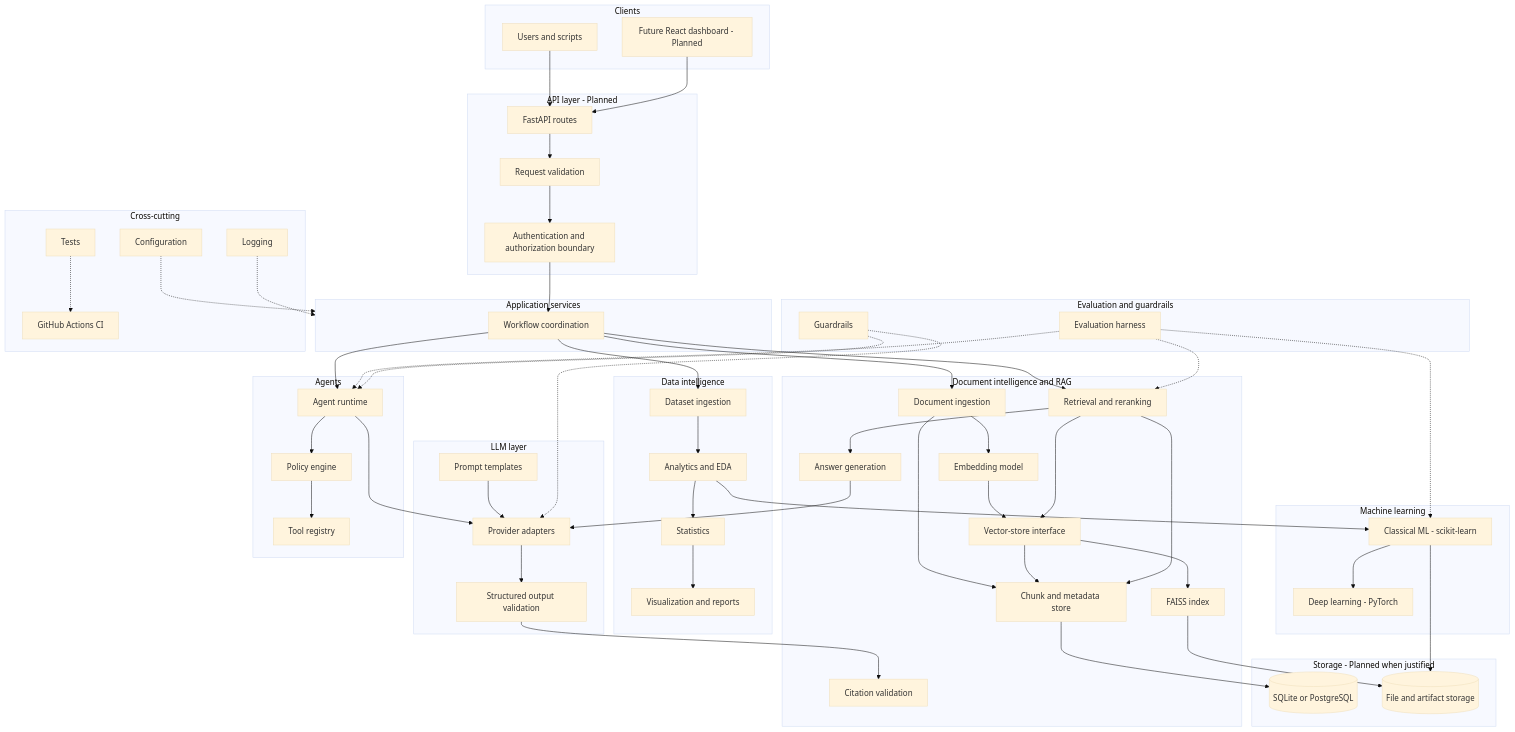
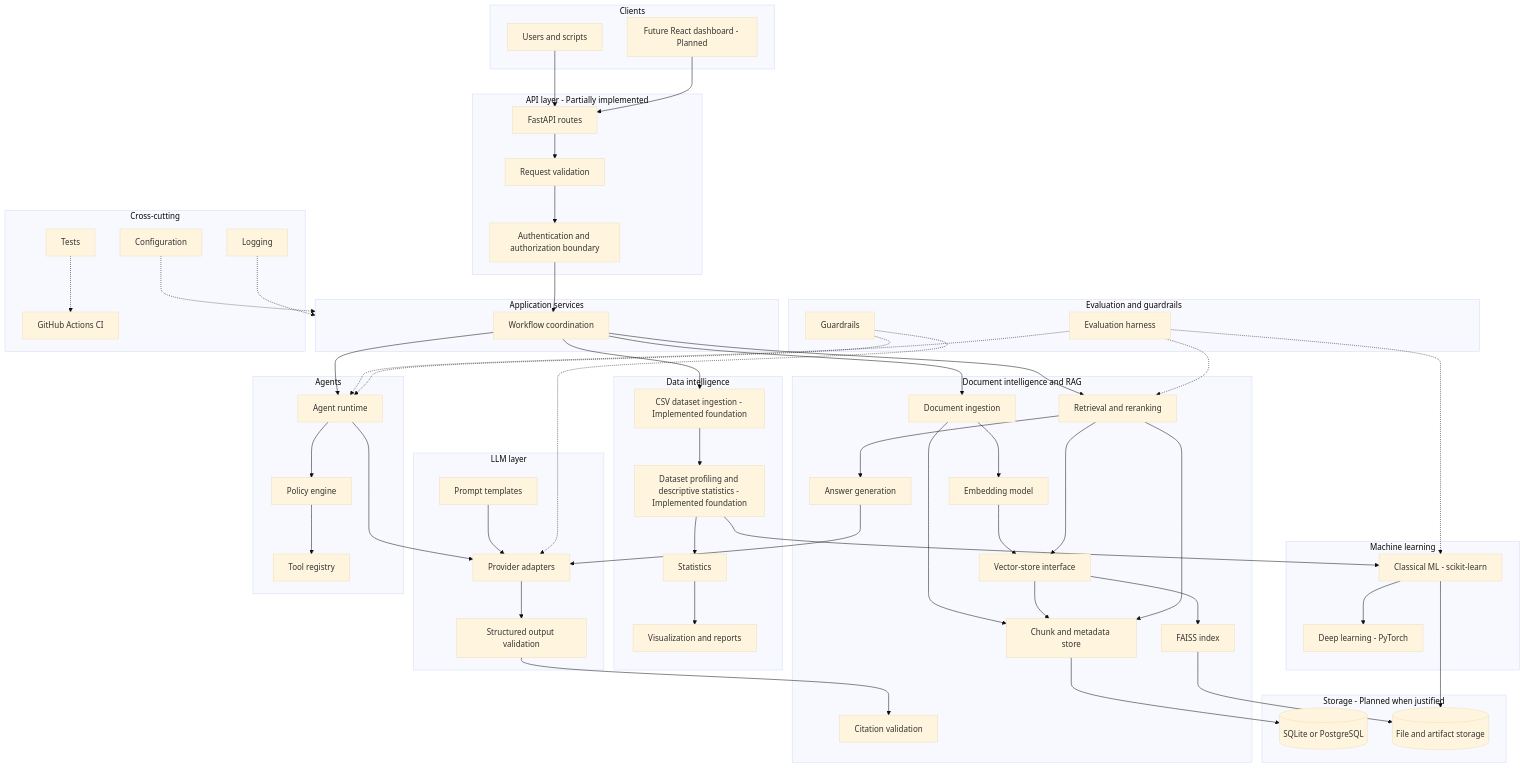
One commit to aliashrafabbasi/orvyntal changed the first of 8 diagrams in README.md. Above: the diagram before and after it, drawn with Mermaid (base theme). The commit also changed other lines of this file and 13 other files, not shown here.

Commit message:
feat: add dataset analytics and harden CSV ingestion

```diff
--- a/README.md
+++ b/README.md
@@ -195,7 +195,7 @@
         FE["Future React dashboard - Planned"]
     end
 
-    subgraph API["API layer - Planned"]
+    subgraph API["API layer - Partially implemented"]
         R["FastAPI routes"]
         V["Request validation"]
         AZ["Authentication and authorization boundary"]
@@ -206,8 +206,8 @@
     end
 
     subgraph DATA["Data intelligence"]
-        ING["Dataset ingestion"]
-        AN["Analytics and EDA"]
+        ING["CSV dataset ingestion - Implemented foundation"]
+        AN["Dataset profiling and descriptive statistics - Implemented foundation"]
         ST["Statistics"]
         VIZ["Visualization and reports"]
     end
```
